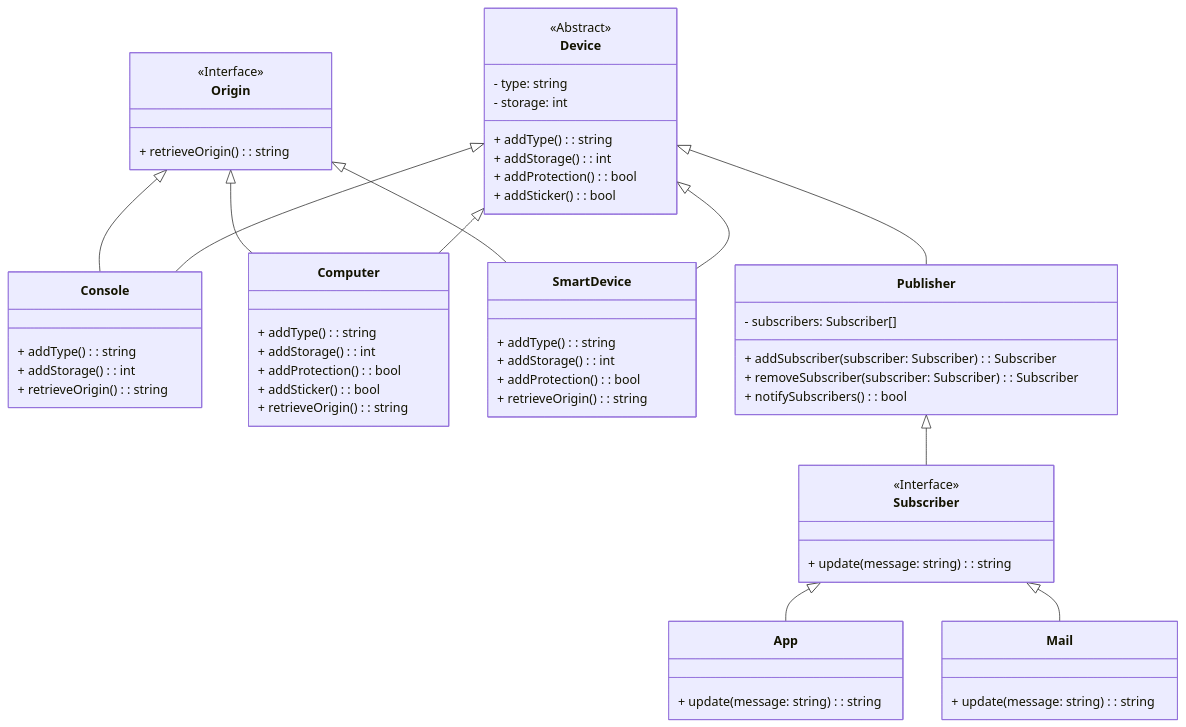
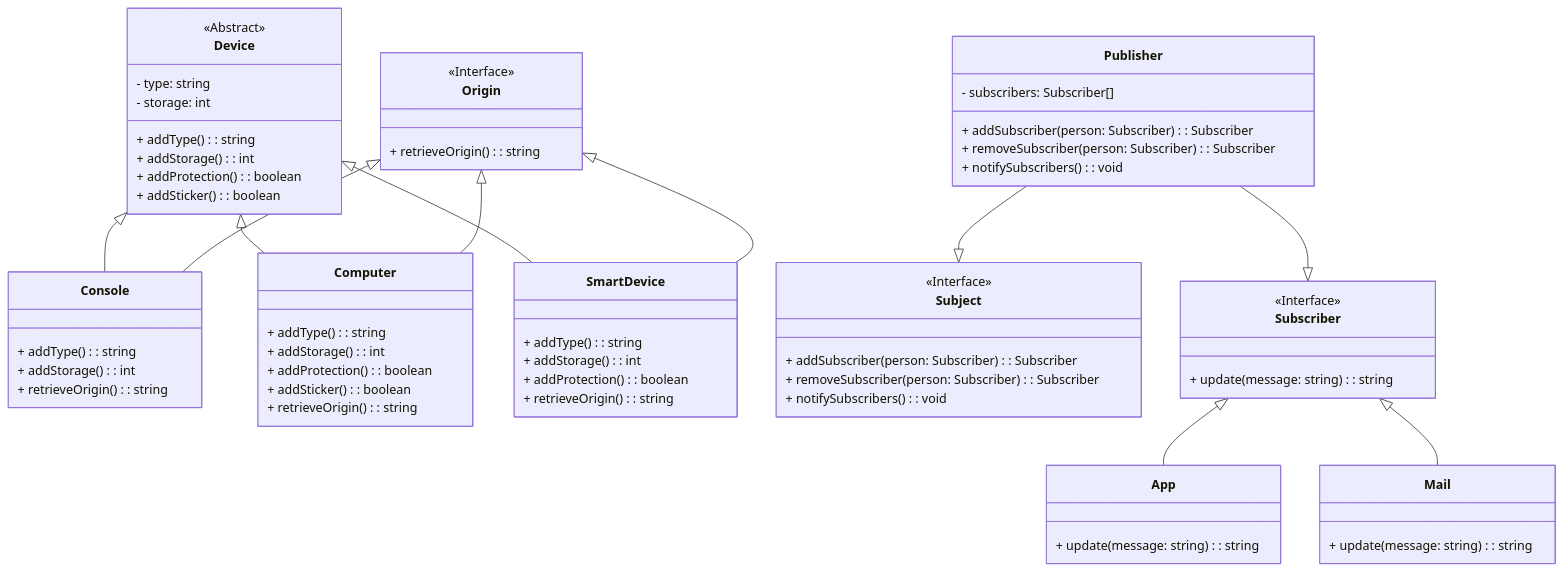
The diagram in src/main.md (RedIsGaming/device), drawn with Mermaid before and after one commit.

Commit message:
fix: Changed UML Classdiagram main.md a bit

````diff
--- a/src/main.md
+++ b/src/main.md
@@ -1,69 +1,76 @@
 ```mermaid
 classDiagram
     class Device {
         <<Abstract>>
         - type: string
         - storage: int
         + addType(): string
         + addStorage(): int
-        + addProtection(): bool
-        + addSticker(): bool
+        + addProtection(): boolean
+        + addSticker(): boolean
+    }
+
+    class Origin {
+        <<Interface>>
+        + retrieveOrigin(): string
     }
 
     class Console {
         + addType(): string
         + addStorage(): int
         + retrieveOrigin(): string
     }
 
     class Computer {
         + addType(): string
         + addStorage(): int
-        + addProtection(): bool
-        + addSticker(): bool
+        + addProtection(): boolean
+        + addSticker(): boolean
         + retrieveOrigin(): string
     }
 
     class SmartDevice {
         + addType(): string
         + addStorage(): int
-        + addProtection(): bool
+        + addProtection(): boolean
         + retrieveOrigin(): string
     }
 
-    class Origin {
+    class Subject {
         <<Interface>>
-        + retrieveOrigin(): string
+        + addSubscriber(person: Subscriber): Subscriber
+        + removeSubscriber(person: Subscriber): Subscriber
+        + notifySubscribers(): void
     }
 
     class Publisher {
         - subscribers: Subscriber[]
-        + addSubscriber(subscriber: Subscriber): Subscriber
-        + removeSubscriber(subscriber: Subscriber): Subscriber
-        + notifySubscribers(): bool
+        + addSubscriber(person: Subscriber): Subscriber
+        + removeSubscriber(person: Subscriber): Subscriber
+        + notifySubscribers(): void
     }
 
     class Subscriber {
         <<Interface>>
         + update(message: string): string
     }
 
     class App {
         + update(message: string): string
     }
 
     class Mail {
         + update(message: string): string
     }
 
     Device <|-- Console
     Device <|-- Computer
     Device <|-- SmartDevice
-    Publisher <|-- Subscriber
-    Device <|-- Publisher
+    Publisher --|> Subject
+    Publisher --|> Subscriber
     Subscriber <|-- App
     Subscriber <|-- Mail
     Origin <|-- Console
     Origin <|-- Computer
     Origin <|-- SmartDevice
 ```
````
